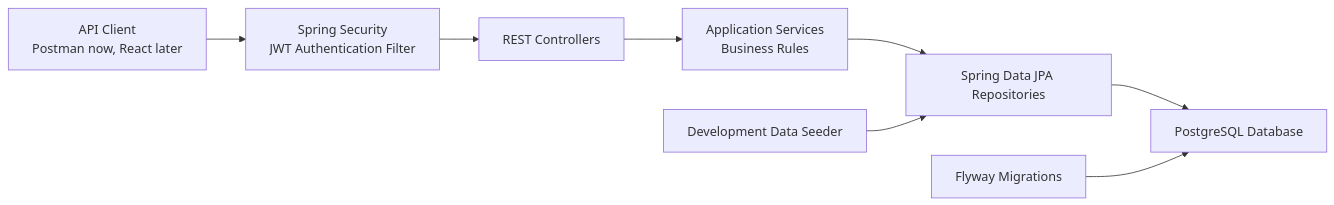
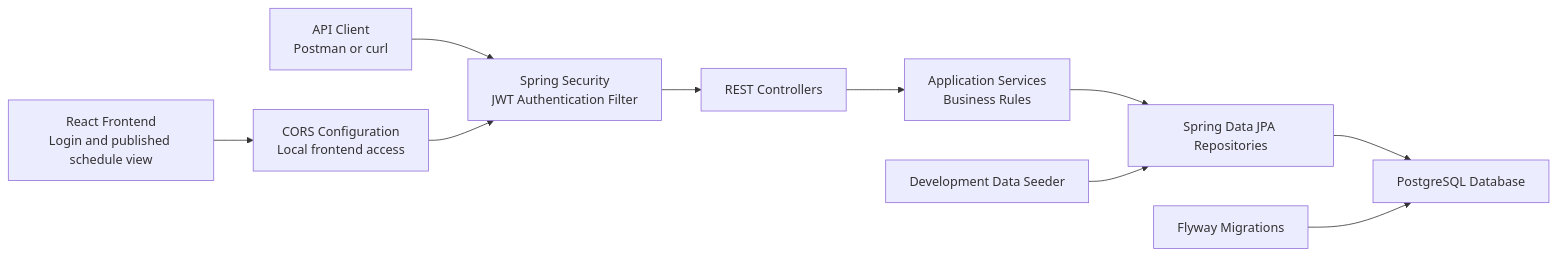
One commit to HiliMor/shift-management-system changed the first of 14 diagrams in docs/current-backend-architecture.md. Above: the diagram before and after it, drawn with Mermaid. The commit also changed other lines of this file and 5 other files, not shown here.

````diff
--- a/docs/current-backend-architecture.md
+++ b/docs/current-backend-architecture.md
@@ -8,19 +9,23 @@
 ```mermaid
 flowchart LR
-    client["API Client<br/>Postman now, React later"]
+    react["React Frontend<br/>Login and published schedule view"]
+    apiClient["API Client<br/>Postman or curl"]
     security["Spring Security<br/>JWT Authentication Filter"]
+    cors["CORS Configuration<br/>Local frontend access"]
     controllers["REST Controllers"]
     services["Application Services<br/>Business Rules"]
     repositories["Spring Data JPA Repositories"]
     database["PostgreSQL Database"]
     flyway["Flyway Migrations"]
     seed["Development Data Seeder"]
 
-    client --> security
+    react --> cors
+    apiClient --> security
+    cors --> security
     security --> controllers
     controllers --> services
     services --> repositories
     repositories --> database
     flyway --> database
     seed --> repositories
 ```
````
